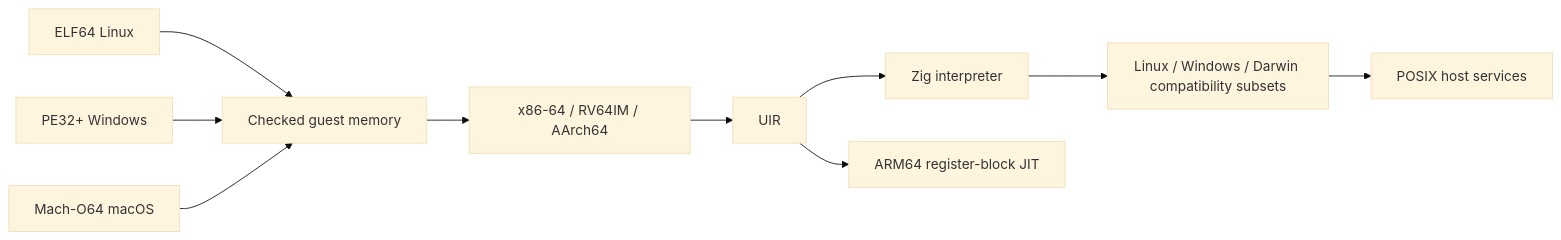
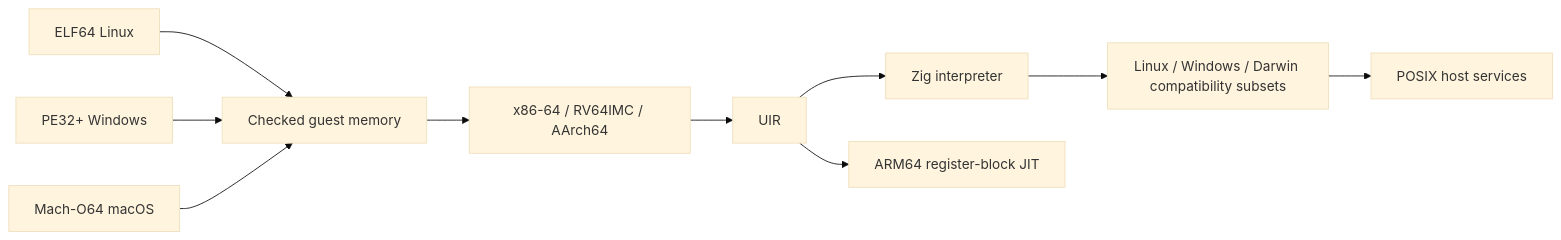
The diagram in README.md (OthmaneBlial/universe), drawn with Mermaid (base theme) before and after one commit. The commit also changed other lines of this file and 12 other files, not shown here.

````diff
--- a/README.md
+++ b/README.md
@@ -158,12 +160,12 @@
 ```mermaid
 flowchart LR
     ELF[ELF64 Linux] --> Memory[Checked guest memory]
     PE[PE32+ Windows] --> Memory
     MachO[Mach-O64 macOS] --> Memory
-    Memory --> CPU[x86-64 / RV64IM / AArch64]
+    Memory --> CPU[x86-64 / RV64IMC / AArch64]
     CPU --> UIR
     UIR --> Interpreter[Zig interpreter]
     UIR --> JIT[ARM64 register-block JIT]
     Interpreter --> ABI[Linux / Windows / Darwin compatibility subsets]
     ABI --> Host[POSIX host services]
 ```
````
